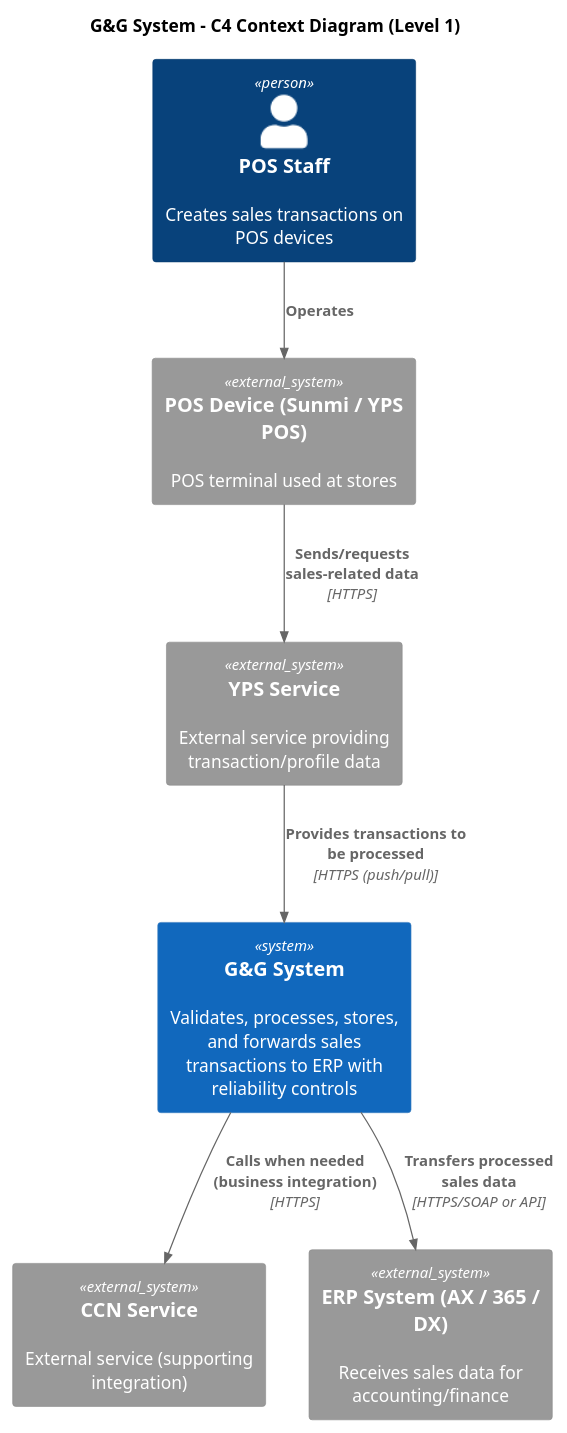
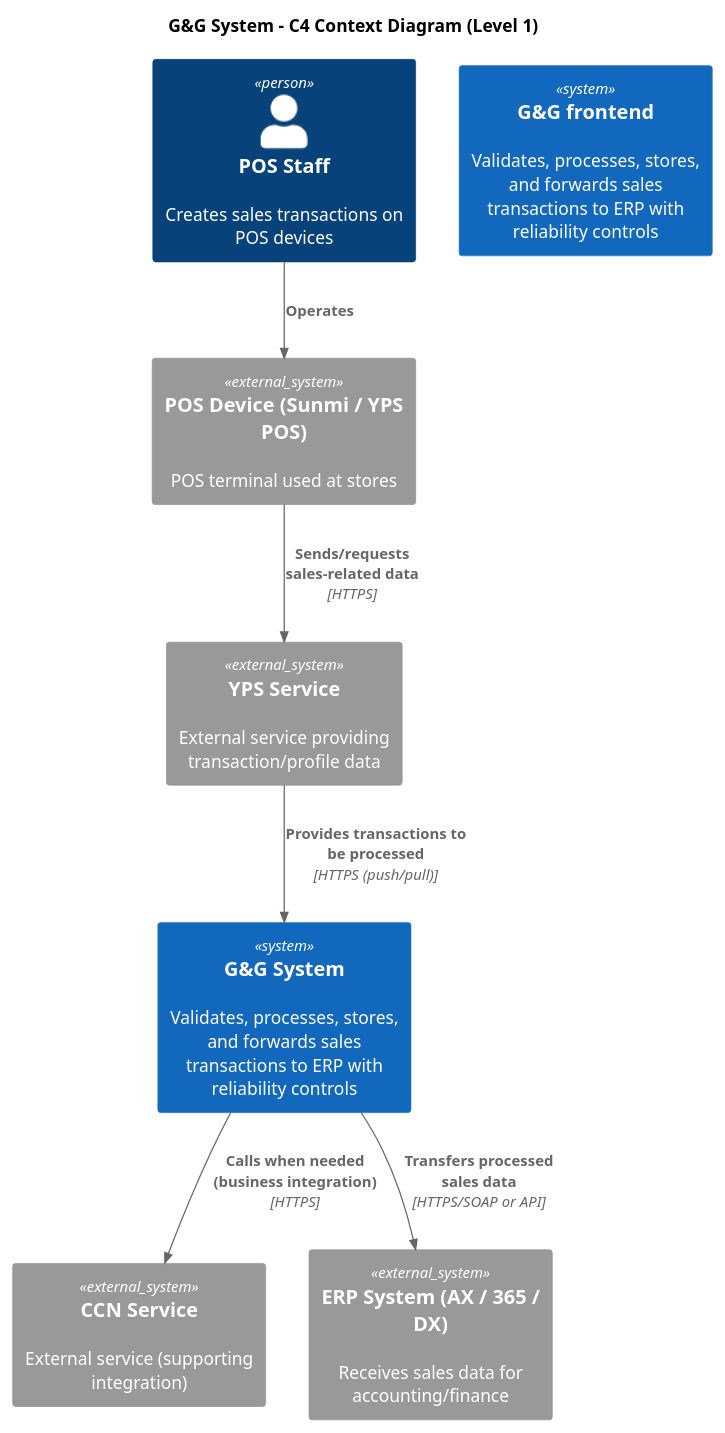
The diagram in GandG_YPS/DeploymentDiagram/C41.puml (phyothuhan26/MySolutions), drawn with PlantUML before and after one commit. The commit also changed other lines of this file and 14 other files, not shown here.

Commit message:
highleveldiagram

```diff
--- a/GandG_YPS/DeploymentDiagram/C41.puml
+++ b/GandG_YPS/DeploymentDiagram/C41.puml
@@ -1,24 +1,25 @@
 @startuml
 !include https://raw.githubusercontent.com/plantuml-stdlib/C4-PlantUML/master/C4_Context.puml
 title G&G System - C4 Context Diagram (Level 1)
 
 ' People / Actors
 Person(posUser, "POS Staff", "Creates sales transactions on POS devices")
+System(ggfe, "G&G frontend", "Validates, processes, stores, and forwards sales transactions to ERP with reliability controls")
 
 ' External systems
 System_Ext(posDevice, "POS Device (Sunmi / YPS POS)", "POS terminal used at stores")
 System_Ext(yps, "YPS Service", "External service providing transaction/profile data")
 System_Ext(ccn, "CCN Service", "External service (supporting integration)")
 System_Ext(erp, "ERP System (AX / 365 / DX)", "Receives sales data for accounting/finance")
 
 ' Your system
 System(gg, "G&G System", "Validates, processes, stores, and forwards sales transactions to ERP with reliability controls")
 
 ' Relationships (keep it simple at context level)
 Rel(posUser, posDevice, "Operates", "")
 Rel(posDevice, yps, "Sends/requests sales-related data", "HTTPS")
 Rel(yps, gg, "Provides transactions to be processed", "HTTPS (push/pull)")
 Rel(gg, ccn, "Calls when needed (business integration)", "HTTPS")
 Rel(gg, erp, "Transfers processed sales data", "HTTPS/SOAP or API")
 
 @enduml
```
